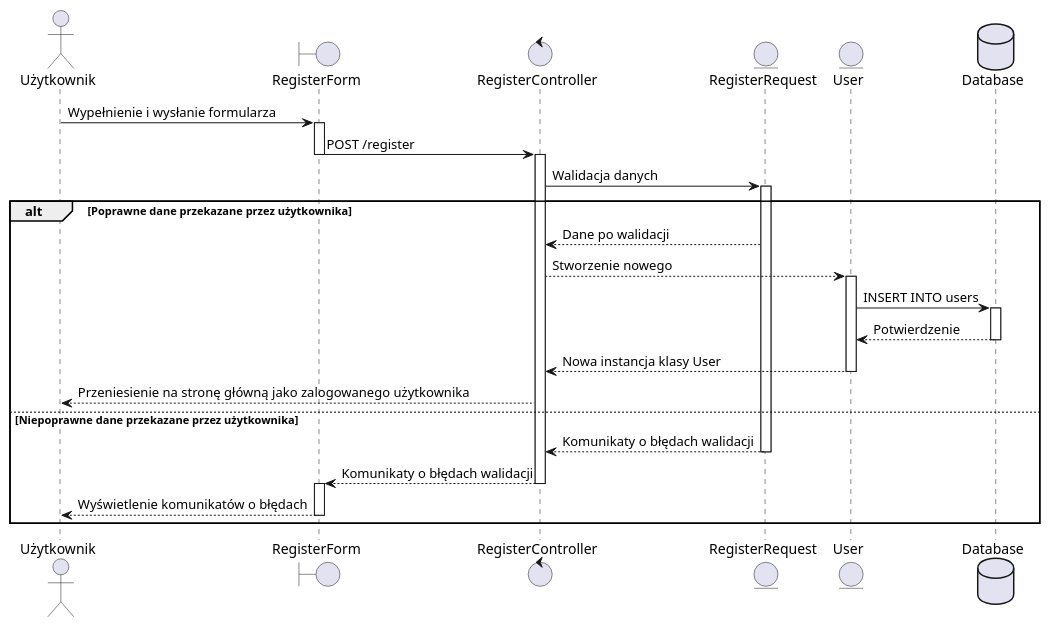
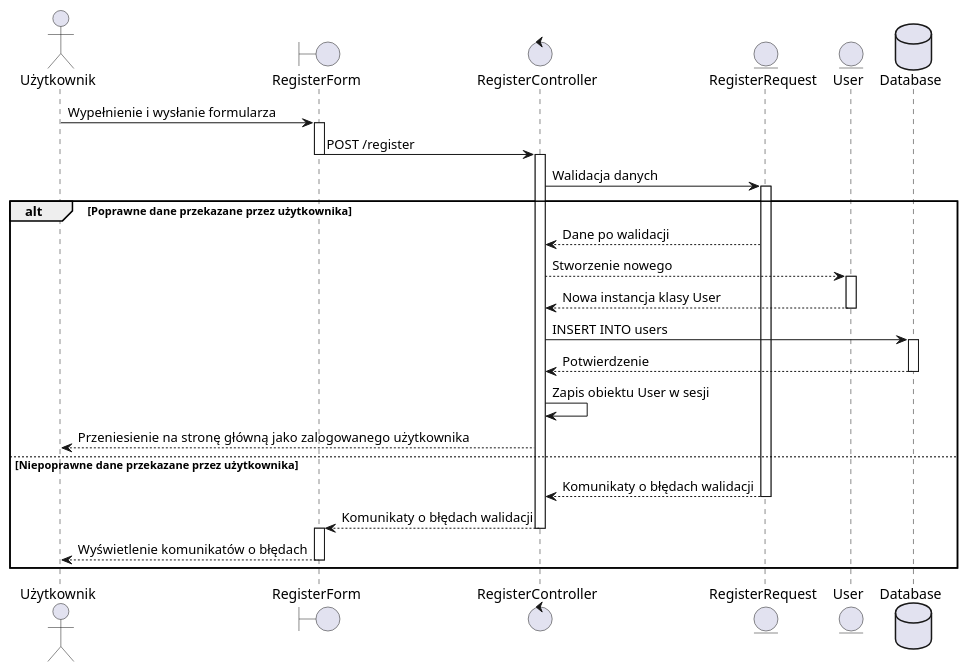
One commit to Tkapcer/SystemSprzedazyBiletow changed the diagram in Diagramy/Sekwencji/Rejestracja .puml. Above: the diagram before and after it, drawn with PlantUML. The commit also changed 2 other files, not shown here.

Commit message:
Drobne zmiany w diagramach sekwencji

```diff
--- a/Diagramy/Sekwencji/Rejestracja .puml
+++ b/Diagramy/Sekwencji/Rejestracja .puml
@@ -1,37 +1,39 @@
 @startuml
 actor Użytkownik
 boundary RegisterForm   /'Zewnętrzny interfejs systemu'/
 control RegisterController  /'Element kontrolujący przepływ danych i logikę biznesową'/
 entity RegisterRequest  /'Jednostka danych'/
 entity User
 database Database
 
 Użytkownik -> RegisterForm: Wypełnienie i wysłanie formularza
 activate RegisterForm
 RegisterForm -> RegisterController: POST /register
 deactivate RegisterForm
 activate RegisterController
 RegisterController -> RegisterRequest: Walidacja danych
 
 alt Poprawne dane przekazane przez użytkownika
     activate RegisterRequest
     RegisterRequest --> RegisterController: Dane po walidacji
     RegisterController --> User: Stworzenie nowego
     activate User
-    User -> Database: INSERT INTO users
-    activate Database
-    Database --> User: Potwierdzenie
-    deactivate Database
+
     User --> RegisterController: Nowa instancja klasy User
     deactivate User
+    RegisterController -> Database: INSERT INTO users
+    activate Database
+    Database --> RegisterController: Potwierdzenie
+    deactivate Database
+    RegisterController -> RegisterController: Zapis obiektu User w sesji
     RegisterController --> Użytkownik: Przeniesienie na stronę główną jako zalogowanego użytkownika
 else Niepoprawne dane przekazane przez użytkownika
     RegisterRequest --> RegisterController: Komunikaty o błędach walidacji
     deactivate RegisterRequest
     RegisterController --> RegisterForm: Komunikaty o błędach walidacji
     deactivate RegisterController
     activate RegisterForm
     RegisterForm --> Użytkownik: Wyświetlenie komunikatów o błędach
     deactivate RegisterForm
 end
 @enduml
```
